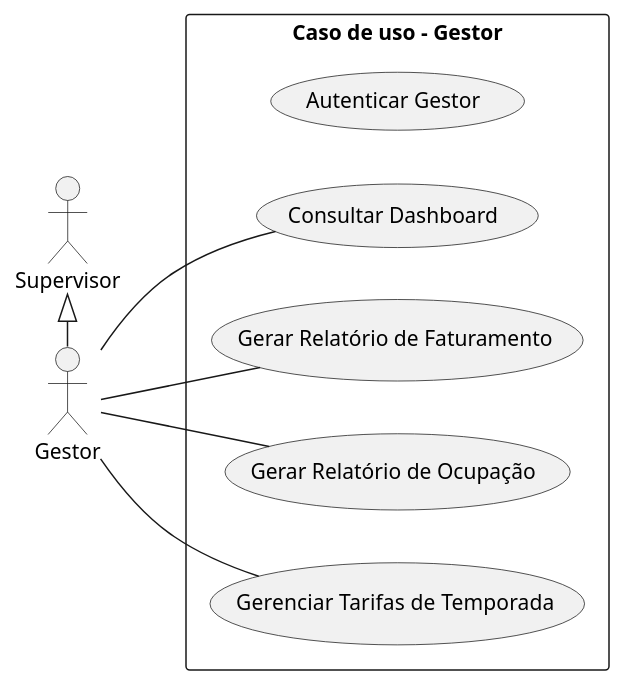
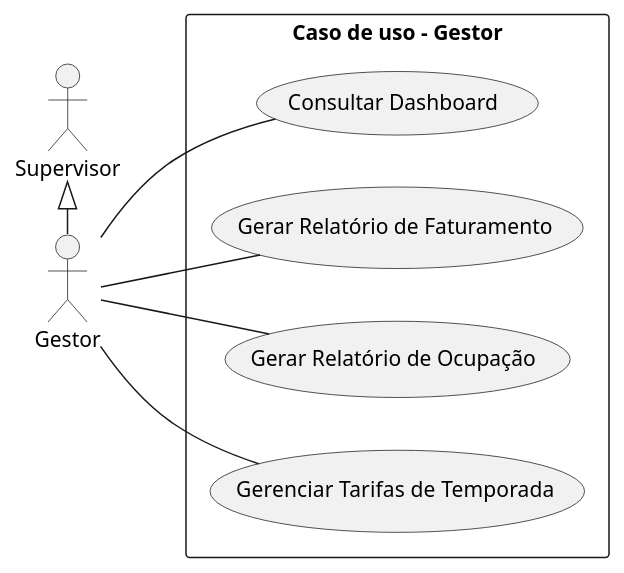
The diagram in diagramas/UC2_gestao.iuml (gusjjpv/serro-hotelaria), drawn with PlantUML before and after one commit. The commit also changed 3 other files, not shown here.

```diff
--- a/diagramas/UC2_gestao.iuml
+++ b/diagramas/UC2_gestao.iuml
@@ -1,24 +1,21 @@
 @startuml
 left to right direction
 
 actor "Gestor" as g
 actor "Supervisor" as supervisor
 
 rectangle "Caso de uso - Gestor" {
-    usecase "Autenticar Gestor" as auth
-    
     usecase "Consultar Dashboard" as uc17
     usecase "Gerar Relatório de Faturamento" as uc18
     usecase "Gerar Relatório de Ocupação" as uc19
     usecase "Gerenciar Tarifas de Temporada" as uc20
-
 
     g -- uc17
     g -- uc18
     g -- uc19
     g -- uc20
 
     supervisor <|-right- g
 }
 
 @enduml
```
